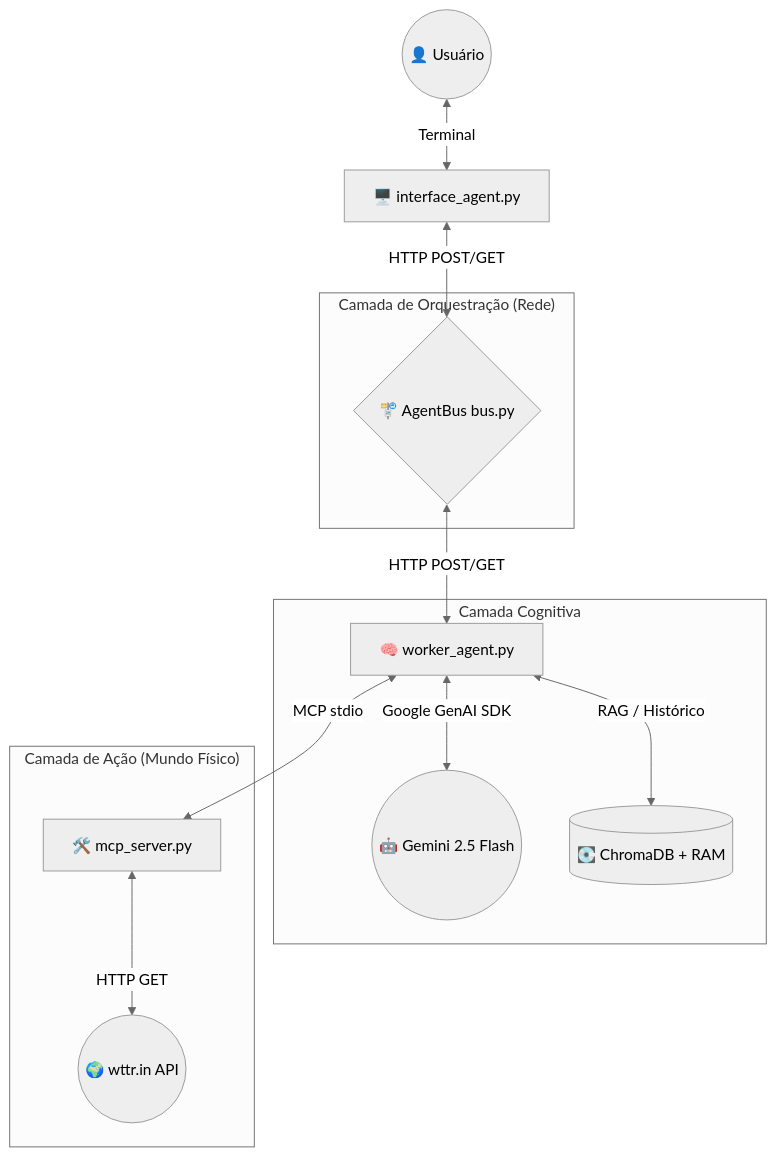
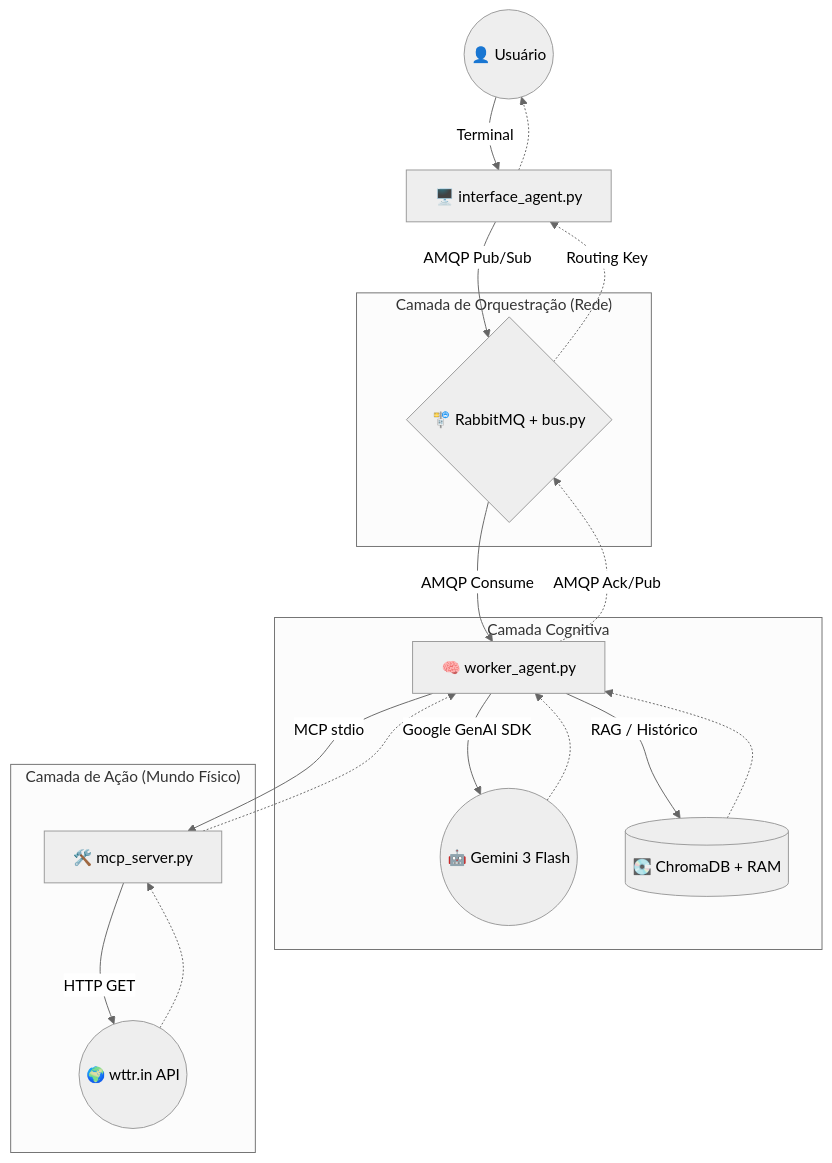
Before and after one commit to sdoblinski/agent-bus-project: the diagram in docs/ARCHITECTURE.md, drawn with Mermaid (neutral theme). The commit also changed other lines of this file and 9 other files, not shown here.

````diff
--- a/docs/ARCHITECTURE.md
+++ b/docs/ARCHITECTURE.md
@@ -16,35 +16,45 @@
 ```mermaid
 graph TD
     %% Usuário e Interface
-    User((👤 Usuário)) <-->|Terminal| UI[🖥️ interface_agent.py]
+    User(("👤 Usuário")) -->|"Terminal"| UI["🖥️ interface_agent.py"]
+    UI -.-> User
     
     %% Barramento
-    subgraph "Camada de Orquestração (Rede)"
-        BUS{🚏 AgentBus bus.py}
+    subgraph Orquestracao ["Camada de Orquestração (Rede)"]
+        BUS{"🚏 RabbitMQ + bus.py"}
     end
     
     %% Comunicação Interface -> Bus
-    UI <-->|HTTP POST/GET| BUS
+    UI -->|"AMQP Pub/Sub"| BUS
+    BUS -.->|"Routing Key"| UI
     
     %% Worker, Inteligência e Memória
-    subgraph "Camada Cognitiva"
-        WORKER[🧠 worker_agent.py]
-        LLM((🤖 Gemini 2.5 Flash))
-        MEM[(💽 ChromaDB + RAM)]
+    subgraph Cognitiva ["Camada Cognitiva"]
+        WORKER["🧠 worker_agent.py"]
+        LLM(("🤖 Gemini 3 Flash"))
+        MEM[("💽 ChromaDB + RAM")]
     end
     
     %% Comunicação Worker -> Bus, LLM e Memória
-    BUS <-->|HTTP POST/GET| WORKER
-    WORKER <-->|Google GenAI SDK| LLM
-    WORKER <-->|RAG / Histórico| MEM
+    BUS -->|"AMQP Consume"| WORKER
+    WORKER -.->|"AMQP Ack/Pub"| BUS
+    
+    WORKER -->|"Google GenAI SDK"| LLM
+    LLM -.-> WORKER
+    
+    WORKER -->|"RAG / Histórico"| MEM
+    MEM -.-> WORKER
     
     %% Servidor de Ferramentas
-    subgraph "Camada de Ação (Mundo Físico)"
-        MCP[🛠️ mcp_server.py]
-        API((🌍 wttr.in API))
+    subgraph Acao ["Camada de Ação (Mundo Físico)"]
+        MCP["🛠️ mcp_server.py"]
+        API(("🌍 wttr.in API"))
     end
     
     %% Comunicação Worker -> MCP
-    WORKER <-->|MCP stdio| MCP
-    MCP <-->|HTTP GET| API
+    WORKER -->|"MCP stdio"| MCP
+    MCP -.-> WORKER
+    
+    MCP -->|"HTTP GET"| API
+    API -.-> MCP
 ```
````
